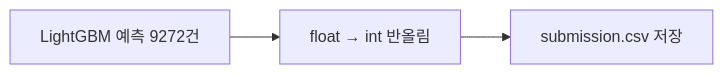
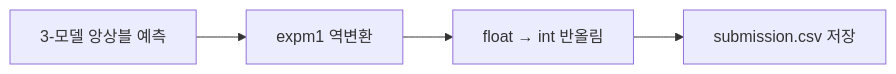
One commit to FastAI-24/Eda-processing changed the fifth of 5 diagrams in README.md. Above: the diagram before and after it, drawn with Mermaid. The commit also changed other lines of this file and 5 other files, not shown here.

````diff
--- a/README.md
+++ b/README.md
@@ -602,5 +563,6 @@
 ```mermaid
 graph LR
-    A[LightGBM 예측 9272건] --> B[float → int 반올림]
-    B --> C[submission.csv 저장]
+    A[3-모델 앙상블 예측] --> B[expm1 역변환]
+    B --> C[float → int 반올림]
+    C --> D[submission.csv 저장]
 ```
````
